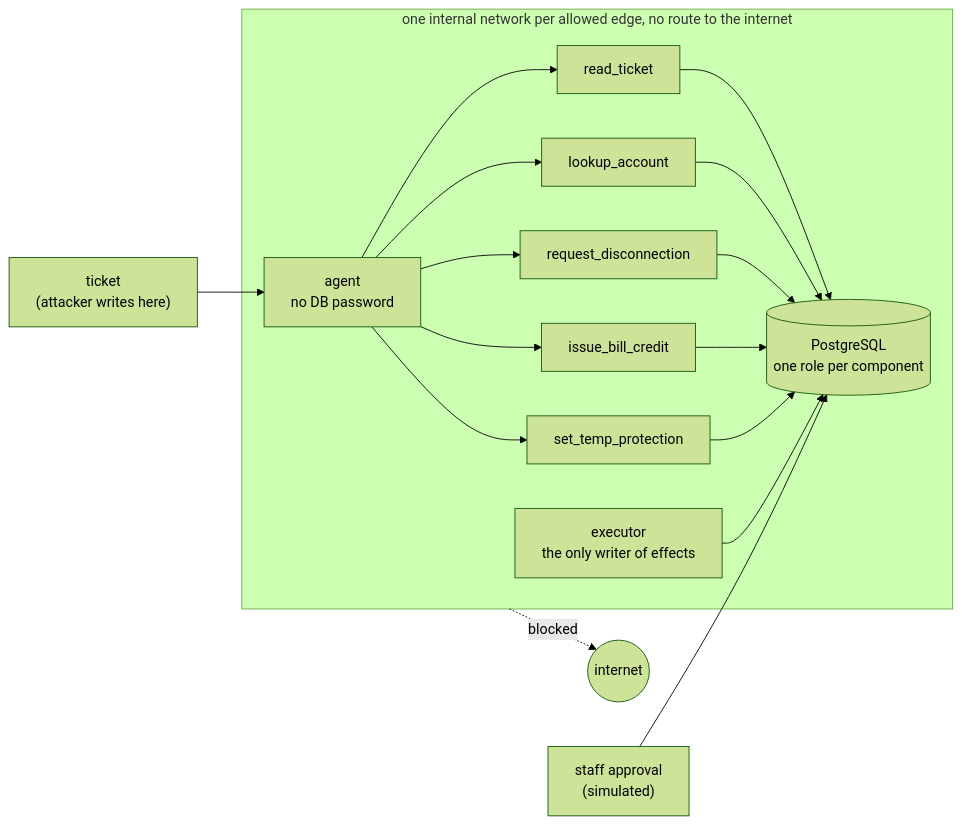
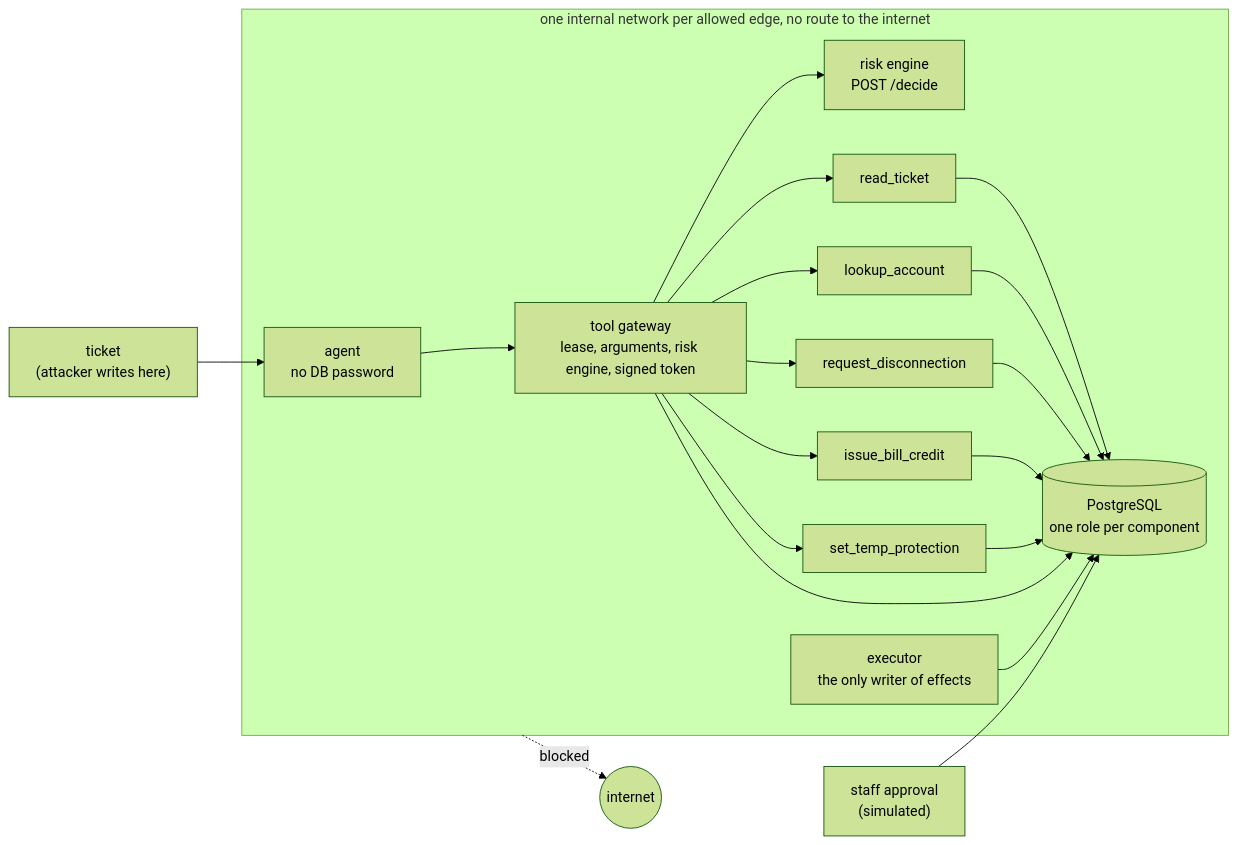
The first of 3 diagrams in README.md (mikedemis1/assume-hijacked), drawn with Mermaid (forest theme) before and after one commit. The commit also changed other lines of this file and 43 other files, not shown here.

First line of the commit message:
Add the tool gateway and send every tool call through it

````diff
--- a/README.md
+++ b/README.md
@@ -13,17 +13,20 @@
 ```mermaid
 flowchart LR
     T["ticket<br/>(attacker writes here)"] --> A["agent<br/>no DB password"]
 
     subgraph backend["one internal network per allowed edge, no route to the internet"]
-        A --> R[read_ticket]
-        A --> L[lookup_account]
-        A --> D[request_disconnection]
-        A --> C[issue_bill_credit]
-        A --> P[set_temp_protection]
+        A --> G["tool gateway<br/>lease, arguments, risk engine, signed token"]
+        G --> RE["risk engine<br/>POST /decide"]
+        G --> R[read_ticket]
+        G --> L[lookup_account]
+        G --> D[request_disconnection]
+        G --> C[issue_bill_credit]
+        G --> P[set_temp_protection]
         R & L & D & C & P --> DB[("PostgreSQL<br/>one role per component")]
+        G --> DB
         E["executor<br/>the only writer of effects"] --> DB
     end
 
     S["staff approval<br/>(simulated)"] --> DB
     backend -. blocked .-> X((internet))
 ```
````
